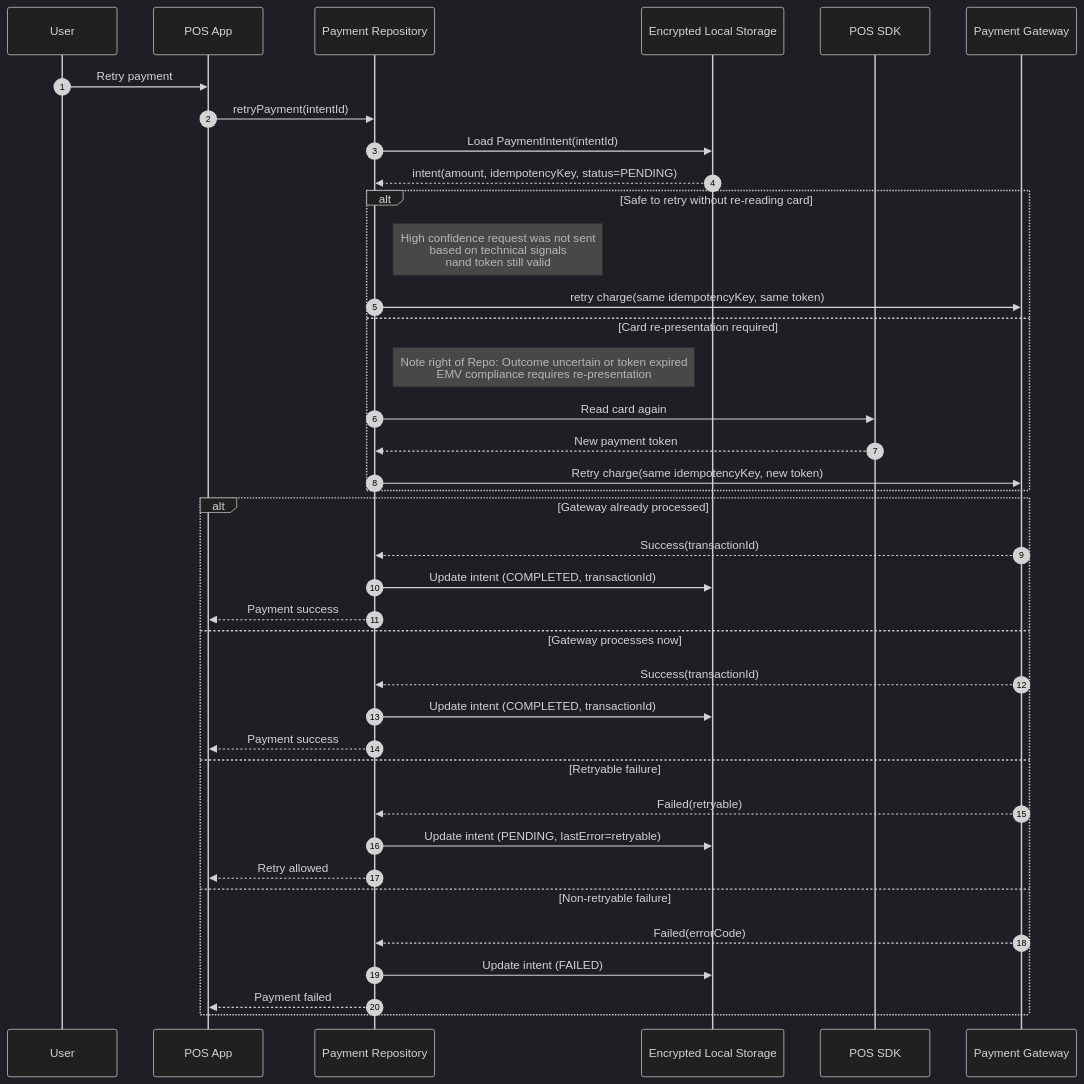
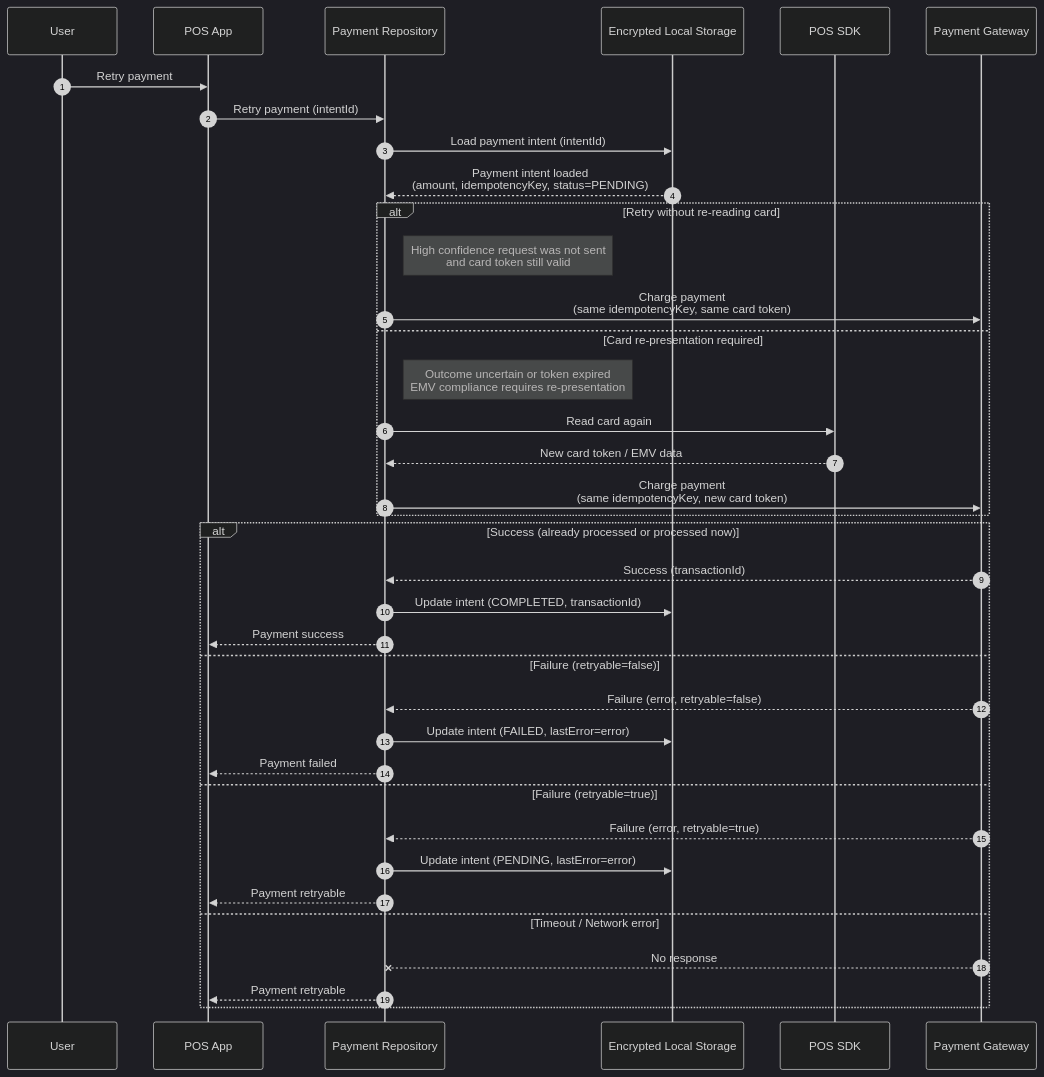
One commit to neronguyen/CardQRPaymentSample changed the diagram in docs/diagrams/card-retry-sequence.mmd. Above: the diagram before and after it, drawn with Mermaid (dark theme).

Commit message:
docs: improve card retry sequence diagram
Refines the `card-retry-sequence.mmd` diagram to improve clarity and accuracy.

Key changes include:
- Renaming the "Safe to retry" block to "Retry without re-reading card".
- Simplifying the gateway response handling by merging the "already processed" and "processes now" success cases.
- Reordering and clarifying the failure scenarios, explicitly distinguishing between `retryable=true` and `retryable=false` cases.
- Adding a distinct "Timeout / Network error" scenario.
- Improving the wording on labels and notes for better readability.

```diff
--- a/docs/diagrams/card-retry-sequence.mmd
+++ b/docs/diagrams/card-retry-sequence.mmd
@@ -1,44 +1,43 @@
 sequenceDiagram
     autonumber
     participant User
     participant App as POS App
     participant Repo as Payment Repository
     participant DB as Encrypted Local Storage
     participant SDK as POS SDK
     participant GW as Payment Gateway
     User ->> App: Retry payment
-    App ->> Repo: retryPayment(intentId)
-    Repo ->> DB: Load PaymentIntent(intentId)
-    DB -->> Repo: intent(amount, idempotencyKey, status=PENDING)
+    App ->> Repo: Retry payment (intentId)
+    Repo ->> DB: Load payment intent (intentId)
+    DB -->> Repo: Payment intent loaded<br>(amount, idempotencyKey, status=PENDING)
 
-    alt Safe to retry without re-reading card
-        Note right of Repo: High confidence request was not sent<br>based on technical signals<br>nand token still valid
-        Repo ->> GW: retry charge(same idempotencyKey, same token)
+    alt Retry without re-reading card
+        Note right of Repo: High confidence request was not sent<br>and card token still valid
+        Repo ->> GW: Charge payment<br>(same idempotencyKey, same card token)
 
     else Card re-presentation required
-        Note right of Repo: Note right of Repo: Outcome uncertain or token expired<br>EMV compliance requires re-presentation
+        Note right of Repo: Outcome uncertain or token expired<br>EMV compliance requires re-presentation
         Repo ->> SDK: Read card again
-        SDK -->> Repo: New payment token
-        Repo ->> GW: Retry charge(same idempotencyKey, new token)
+        SDK -->> Repo: New card token / EMV data
+        Repo ->> GW: Charge payment<br>(same idempotencyKey, new card token)
     end
 
-    alt Gateway already processed
-        GW -->> Repo: Success(transactionId)
+    alt Success (already processed or processed now)
+        GW -->> Repo: Success (transactionId)
         Repo ->> DB: Update intent (COMPLETED, transactionId)
         Repo -->> App: Payment success
 
-    else Gateway processes now
-        GW -->> Repo: Success(transactionId)
-        Repo ->> DB: Update intent (COMPLETED, transactionId)
-        Repo -->> App: Payment success
+    else Failure (retryable=false)
+        GW -->> Repo: Failure (error, retryable=false)
+        Repo ->> DB: Update intent (FAILED, lastError=error)
+        Repo -->> App: Payment failed
 
-    else Retryable failure
-        GW -->> Repo: Failed(retryable)
-        Repo ->> DB: Update intent (PENDING, lastError=retryable)
-        Repo -->> App: Retry allowed
+    else Failure (retryable=true)
+        GW -->> Repo: Failure (error, retryable=true)
+        Repo ->> DB: Update intent (PENDING, lastError=error)
+        Repo -->> App: Payment retryable
 
-    else Non-retryable failure
-        GW -->> Repo: Failed(errorCode)
-        Repo ->> DB: Update intent (FAILED)
-        Repo -->> App: Payment failed
+    else Timeout / Network error
+        GW --x Repo: No response
+        Repo -->> App: Payment retryable
     end
```
